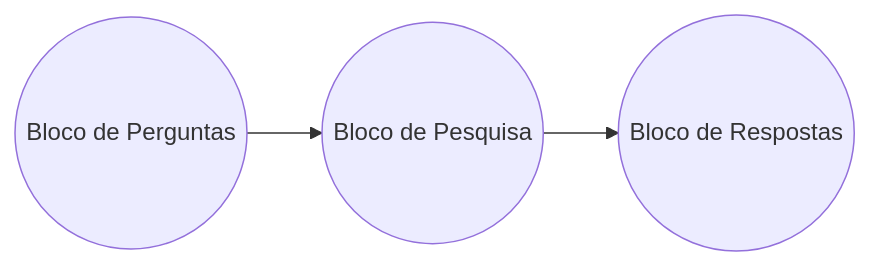
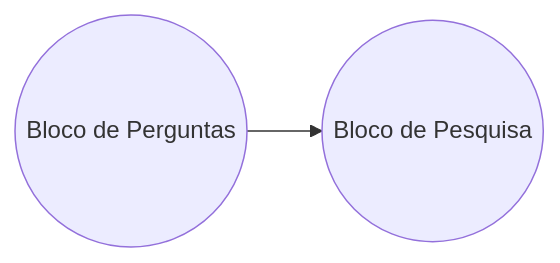
The diagram in README.md (victorhdsp/multi-source-ai-agent), drawn with Mermaid before and after one commit. The commit also changed other lines of this file and 7 other files, not shown here.

````diff
--- a/README.md
+++ b/README.md
@@ -36,9 +36,7 @@
 ```mermaid
 flowchart LR
     question_block((Bloco de Perguntas))
     search_block((Bloco de Pesquisa))
-    response_block((Bloco de Respostas))
 
     question_block --> search_block
-    search_block --> response_block
 ```
````
